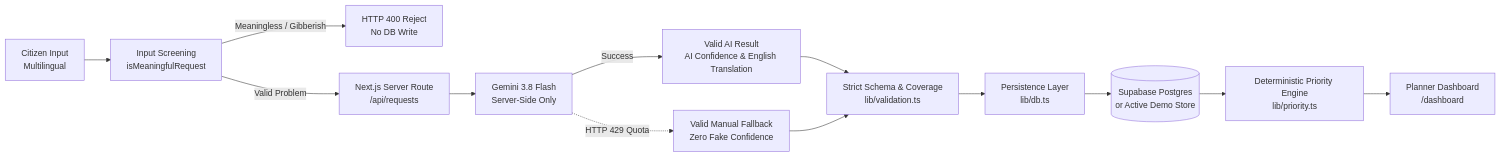
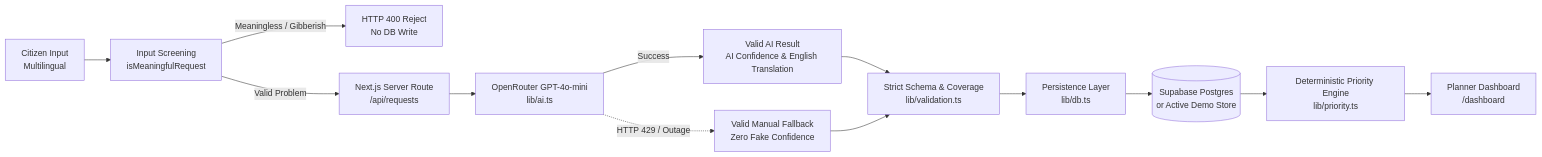
The diagram in MEMORY.md (preethamsolanki28/jansanket), drawn with Mermaid before and after one commit. The commit also changed other lines of this file and 14 other files, not shown here.

First line of the commit message:
feat: migrate AI extraction provider to OpenRouter with GPT-4o-mini

````diff
--- a/MEMORY.md
+++ b/MEMORY.md
@@ -11,15 +11,15 @@
 ```mermaid
 flowchart LR
     A[Citizen Input<br/>Multilingual] --> B[Input Screening<br/>isMeaningfulRequest]
     B -->|Meaningless / Gibberish| X[HTTP 400 Reject<br/>No DB Write]
     B -->|Valid Problem| C[Next.js Server Route<br/>/api/requests]
-    C --> D[Gemini 3.8 Flash<br/>Server-Side Only]
+    C --> D[OpenRouter GPT-4o-mini<br/>lib/ai.ts]
     D -->|Success| E[Valid AI Result<br/>AI Confidence & English Translation]
-    D -.->|HTTP 429 Quota| F[Valid Manual Fallback<br/>Zero Fake Confidence]
+    D -.->|HTTP 429 / Outage| F[Valid Manual Fallback<br/>Zero Fake Confidence]
     E --> G[Strict Schema & Coverage<br/>lib/validation.ts]
     F --> G
     G --> H[Persistence Layer<br/>lib/db.ts]
     H --> I[(Supabase Postgres<br/>or Active Demo Store)]
     I --> J[Deterministic Priority Engine<br/>lib/priority.ts]
     J --> K[Planner Dashboard<br/>/dashboard]
 ```
````
